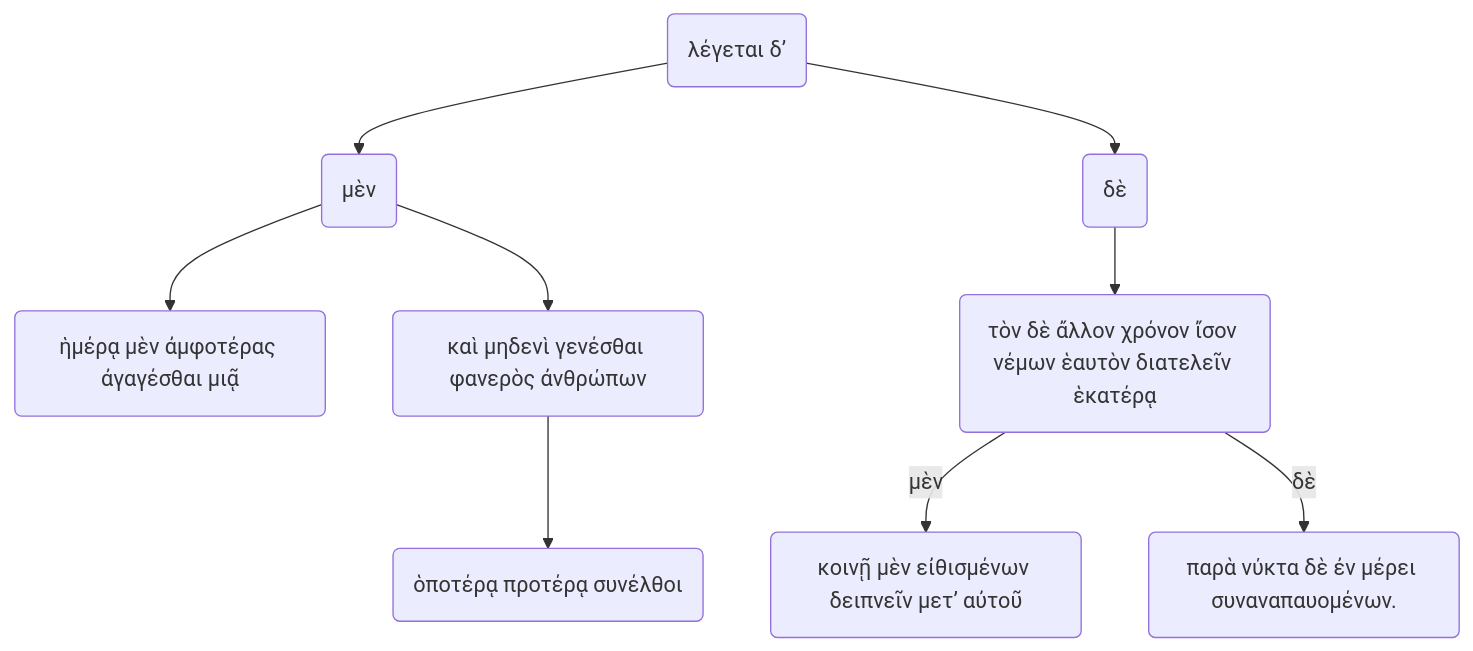
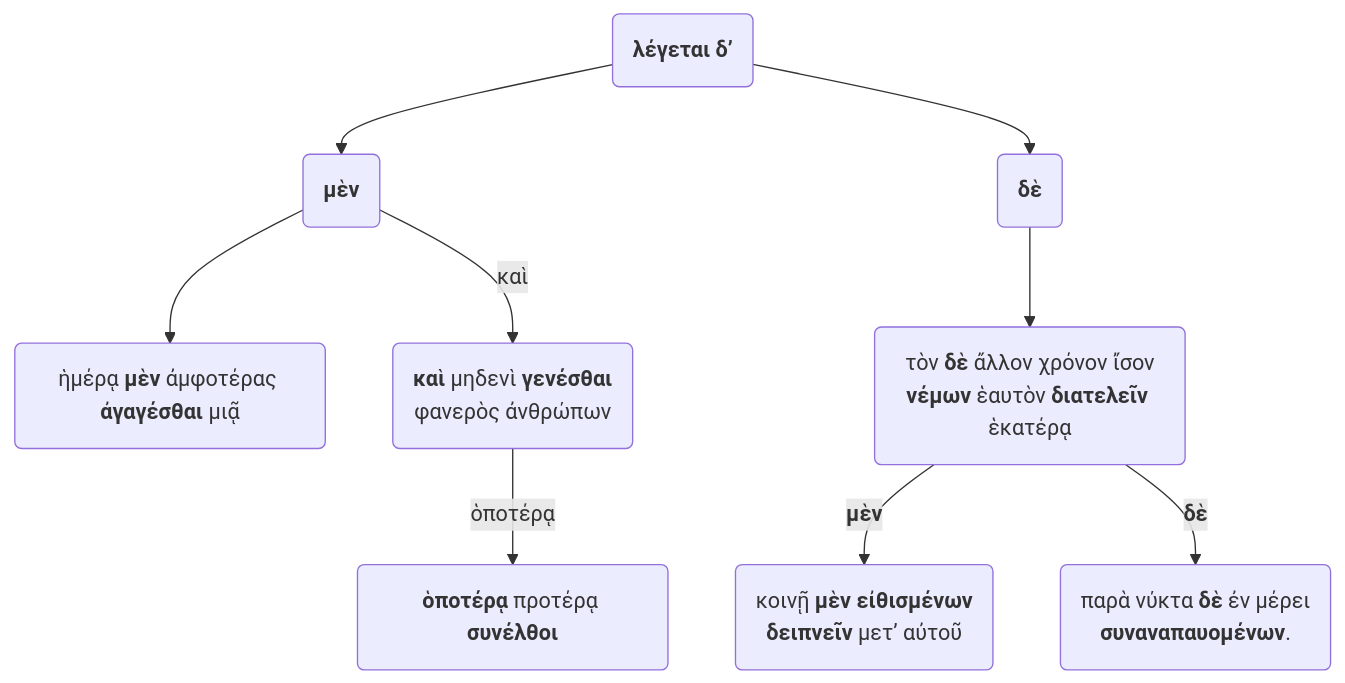
Diagram 17 of 54 in docs/Plutarch_Dion/Dion.md (pajaro1966/Asignaturas), drawn with Mermaid before and after one commit. The commit also changed other lines of this file and 79 other files, not shown here.

````diff
--- a/docs/Plutarch_Dion/Dion.md
+++ b/docs/Plutarch_Dion/Dion.md
@@ -371,20 +389,19 @@
     ```mermaid
     graph TB
 
-    A("λέγεται δʼ ")
-    B("μὲν")
+    A("<b>λέγεται δʼ</b>")
+    B("<b>μὲν</b>")
     B-->B1
-    B-->B2-->B21
-    B1("ἡμέρᾳ μὲν ἀμφοτέρας ἀγαγέσθαι μιᾷ")
-    B2("καὶ μηδενὶ γενέσθαι φανερὸς ἀνθρώπων ")
-    B21("ὁποτέρᾳ προτέρᾳ συνέλθοι")
-    C0("δὲ")
-    C("τὸν δὲ ἄλλον χρόνον ἴσον νέμων ἑαυτὸν διατελεῖν ἑκατέρᾳ")
-    C1("κοινῇ μὲν εἰθισμένων δειπνεῖν μετʼ αὐτοῦ")
-    C2("παρὰ νύκτα δὲ ἐν μέρει συναναπαυομένων.")
+    B-->|"καὶ"|B2-->|"ὁποτέρᾳ"|B21
+    B1("ἡμέρᾳ <b>μὲν</b> ἀμφοτέρας <b>ἀγαγέσθαι</b> μιᾷ")
+    B2("<b>καὶ</b> μηδενὶ <b>γενέσθαι</b><br>φανερὸς ἀνθρώπων ")
+    B21("<b>ὁποτέρᾳ</b> προτέρᾳ <b>συνέλθοι</b>")
+    C0("<b>δὲ</b>")
+    C("τὸν <b>δὲ</b> ἄλλον χρόνον ἴσον<br><b>νέμων</b> ἑαυτὸν <b>διατελεῖν</b> ἑκατέρᾳ")
+    C1("κοινῇ <b>μὲν</b> <b>εἰθισμένων</b><br><b>δειπνεῖν</b> μετʼ αὐτοῦ")
+    C2("παρὰ νύκτα <b>δὲ</b> ἐν μέρει<br><b>συναναπαυομένων</b>.")
     A-->B
     A-->C0-->C
-    C-->|"μὲν"|C1
-    C-->|"δὲ"|C2
-
+    C-->|"<b>μὲν</b>"|C1
+    C-->|"<b>δὲ</b>"|C2
     ```
````
